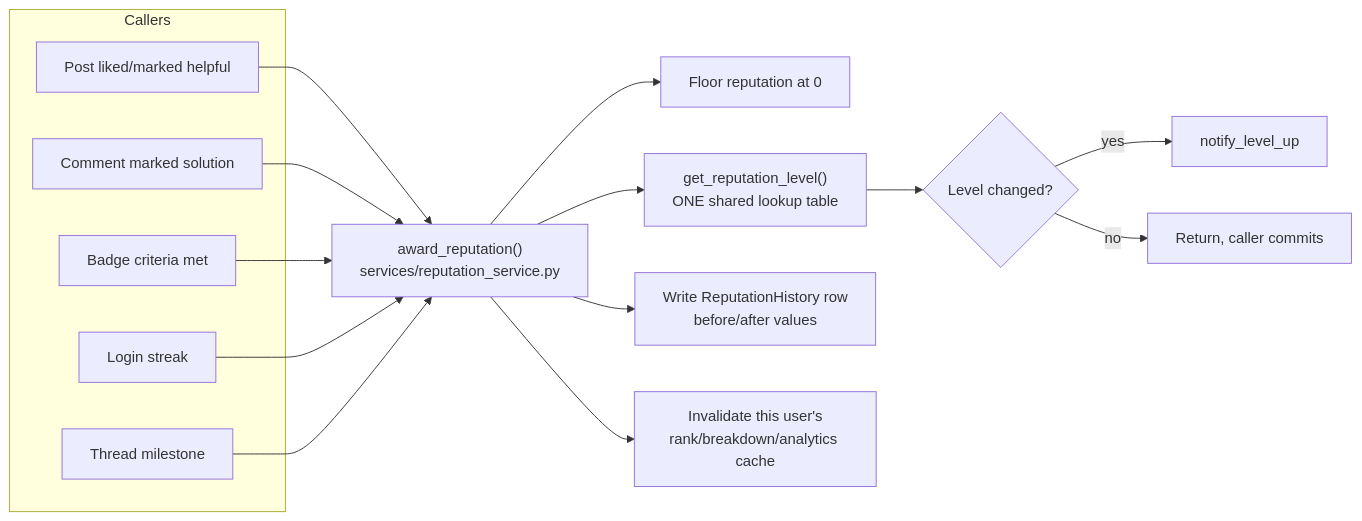
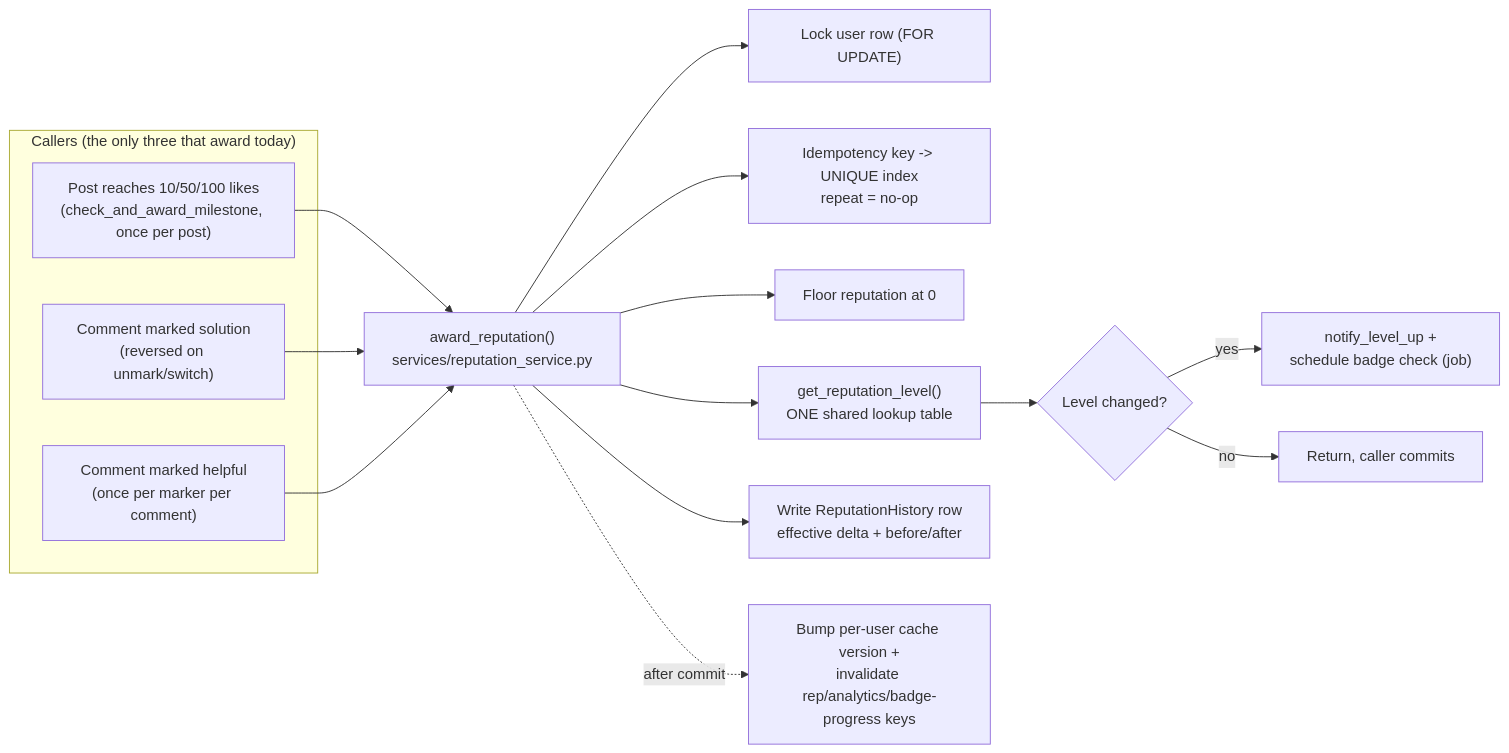
The tenth of 14 diagrams in ARCHITECTURE.md (Devpaul-01/StudyHub), drawn with Mermaid before and after one commit. The commit also changed other lines of this file, not shown here.

Commit message:
docs(architecture): describe idempotent reputation writes, badge jobs and deferred notification delivery
Also corrects the section 7 diagram, which listed callers (badge criteria,
login streak, thread milestone) that never awarded reputation.

````diff
--- a/ARCHITECTURE.md
+++ b/ARCHITECTURE.md
@@ -379,18 +379,18 @@
 ```mermaid
 flowchart LR
-    subgraph Callers
-        A[Post liked/marked helpful]
-        B[Comment marked solution]
-        C[Badge criteria met]
-        D[Login streak]
-        E[Thread milestone]
+    subgraph Callers["Callers (the only three that award today)"]
+        A["Post reaches 10/50/100 likes<br/>(check_and_award_milestone, once per post)"]
+        B["Comment marked solution<br/>(reversed on unmark/switch)"]
+        C["Comment marked helpful<br/>(once per marker per comment)"]
     end
-    A & B & C & D & E --> AWARD["award_reputation()<br/>services/reputation_service.py"]
+    A & B & C --> AWARD["award_reputation()<br/>services/reputation_service.py"]
+    AWARD --> LOCK["Lock user row (FOR UPDATE)"]
+    AWARD --> IDEM["Idempotency key -> UNIQUE index<br/>repeat = no-op"]
     AWARD --> FLOOR[Floor reputation at 0]
     AWARD --> TIER["get_reputation_level()<br/>ONE shared lookup table"]
-    AWARD --> HIST[Write ReputationHistory row<br/>before/after values]
-    AWARD --> INVAL["Invalidate this user's<br/>rank/breakdown/analytics cache"]
+    AWARD --> HIST["Write ReputationHistory row<br/>effective delta + before/after"]
+    AWARD -.->|after commit| INVAL["Bump per-user cache version +<br/>invalidate rep/analytics/badge-progress keys"]
     TIER --> LEVELUP{Level changed?}
-    LEVELUP -->|yes| NOTIFY[notify_level_up]
+    LEVELUP -->|yes| NOTIFY["notify_level_up +<br/>schedule badge check (job)"]
     LEVELUP -->|no| DONE[Return, caller commits]
 ```
````
